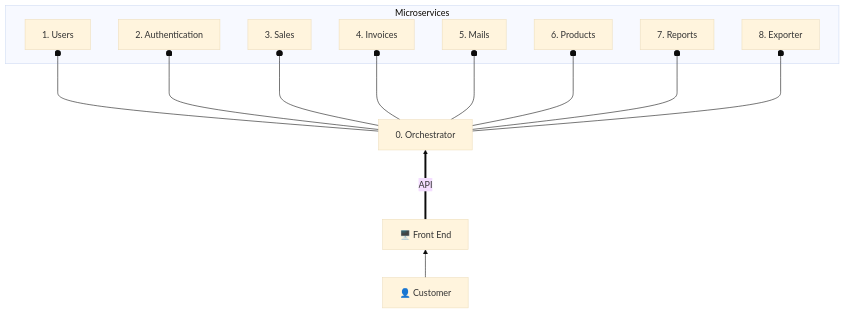
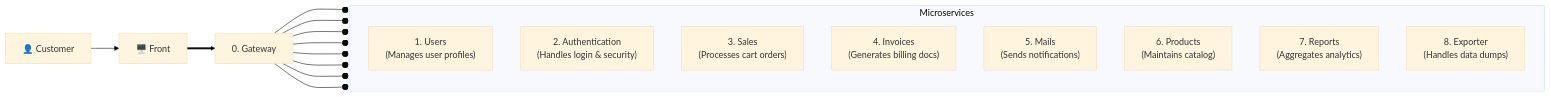
The diagram in README.md (polirritmico/springboot-layout), drawn with Mermaid (base theme) before and after one commit. The commit also changed other lines of this file, not shown here.

````diff
--- a/README.md
+++ b/README.md
@@ -27,29 +29,26 @@
 ```mermaid
-graph BT
+graph LR
+    C[👤 Customer] --> FE[🖥️ Front]
+    FE ==> O[0. Gateway]
+
     subgraph MicroServ [Microservices]
-        U[1. Users]
-        A[2. Authentication]
-        S[3. Sales]
-        I[4. Invoices]
-        M[5. Mails]
-        P[6. Products]
-        R[7. Reports]
-        E[8. Exporter]
+        direction TB
+        U["1. Users<br/>(Manages user profiles)"]
+        A["2. Authentication<br/>(Handles login & security)"]
+        S["3. Sales<br/>(Processes cart orders)"]
+        I["4. Invoices<br/>(Generates billing docs)"]
+        M["5. Mails<br/>(Sends notifications)"]
+        P["6. Products<br/>(Maintains catalog)"]
+        R["7. Reports<br/>(Aggregates analytics)"]
+        E["8. Exporter<br/>(Handles data dumps)"]
     end
 
-    O[0. Orchestrator]
-
-    C[👤 Customer]
-    FE[🖥️ Front End]
-
-    C --> FE
-    FE ===> |API| O
     O ---o U
     O ---o A
     O ---o S
     O ---o I
     O ---o M
     O ---o P
     O ---o R
     O ---o E
 ```
````
